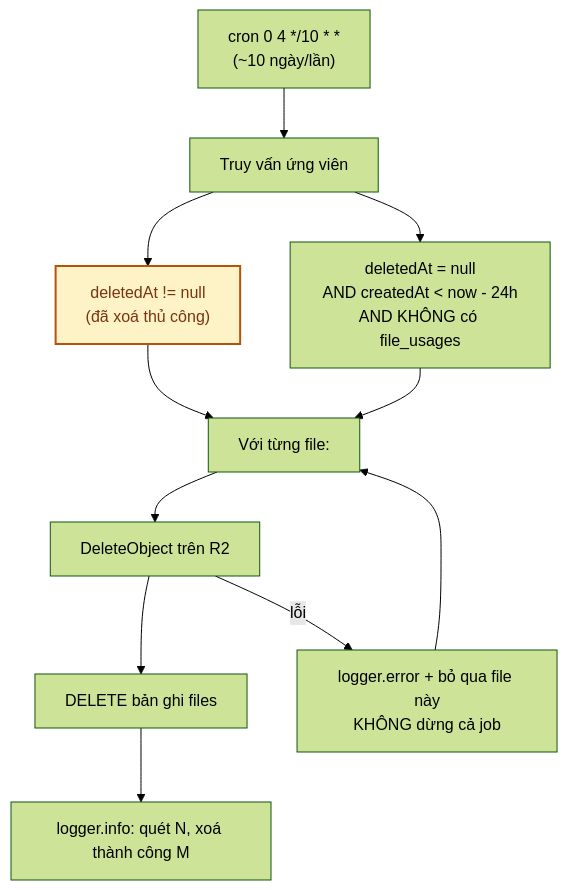
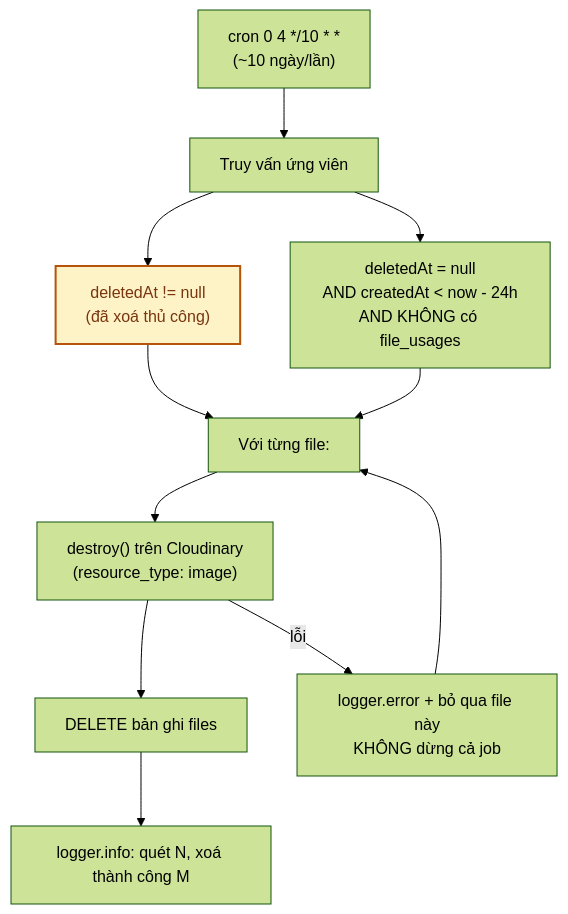
One commit to Hungvu0712/FLOWER changed the fourth of 4 diagrams in docs/modules/core-files.md. Above: the diagram before and after it, drawn with Mermaid (forest theme). The commit also changed other lines of this file and 40 other files, not shown here.

````diff
--- a/docs/modules/core-files.md
+++ b/docs/modules/core-files.md
@@ -132,15 +164,15 @@
 ```mermaid
 flowchart TD
     CRON["cron 0 4 */10 * *<br/>(~10 ngày/lần)"] --> Q["Truy vấn ứng viên"]
     Q --> C1["deletedAt != null<br/>(đã xoá thủ công)"]
     Q --> C2["deletedAt = null<br/>AND createdAt < now - 24h<br/>AND KHÔNG có file_usages"]
     C1 --> LOOP
     C2 --> LOOP["Với từng file:"]
-    LOOP --> D1["DeleteObject trên R2"]
+    LOOP --> D1["destroy() trên Cloudinary<br/>(resource_type: image)"]
     D1 --> D2["DELETE bản ghi files"]
     D2 --> LOG["logger.info: quét N, xoá thành công M"]
     D1 -->|lỗi| ERR["logger.error + bỏ qua file này<br/>KHÔNG dừng cả job"]
     ERR --> LOOP
 
     style C1 fill:#fef3c7,stroke:#b45309,stroke-width:2px,color:#78350f
 ```
````
